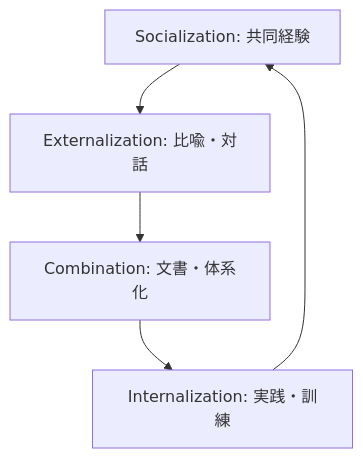
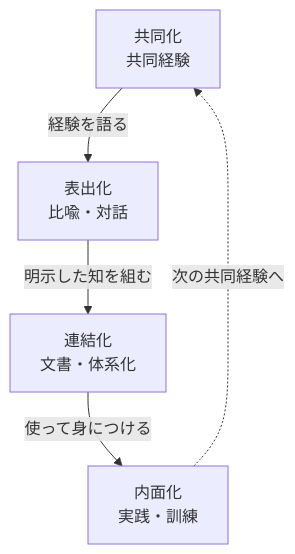
Before and after one commit to daylight55/research: the second of 3 diagrams in articles/report/tacit-knowledge-business-theory/ja/index.mdx, drawn with Mermaid. The commit also changed other lines of this file and 181 other files, not shown here.

First line of the commit message:
全記事の図解368点を再生成し、共通注意書きを削除 (#402)

````diff
--- a/articles/report/tacit-knowledge-business-theory/ja/index.mdx
+++ b/articles/report/tacit-knowledge-business-theory/ja/index.mdx
@@ -89,7 +95,13 @@
 ```mermaid
 flowchart TD
-  S["Socialization: 共同経験"] --> E["Externalization: 比喩・対話"]
-  E --> C["Combination: 文書・体系化"]
-  C --> I["Internalization: 実践・訓練"]
-  I --> S
+  accTitle: SECIモデルの四つの知識変換
+  accDescr: 共同化は経験共有、表出化は対話、連結化は体系化、内面化は実践を指す。循環はモデル上の整理である。
+  N0["共同化<br/>共同経験"]
+  N1["表出化<br/>比喩・対話"]
+  N2["連結化<br/>文書・体系化"]
+  N3["内面化<br/>実践・訓練"]
+  N0 -->|経験を語る| N1
+  N1 -->|明示した知を組む| N2
+  N2 -->|使って身につける| N3
+  N3 -.->|次の共同経験へ| N0
 ```
````
